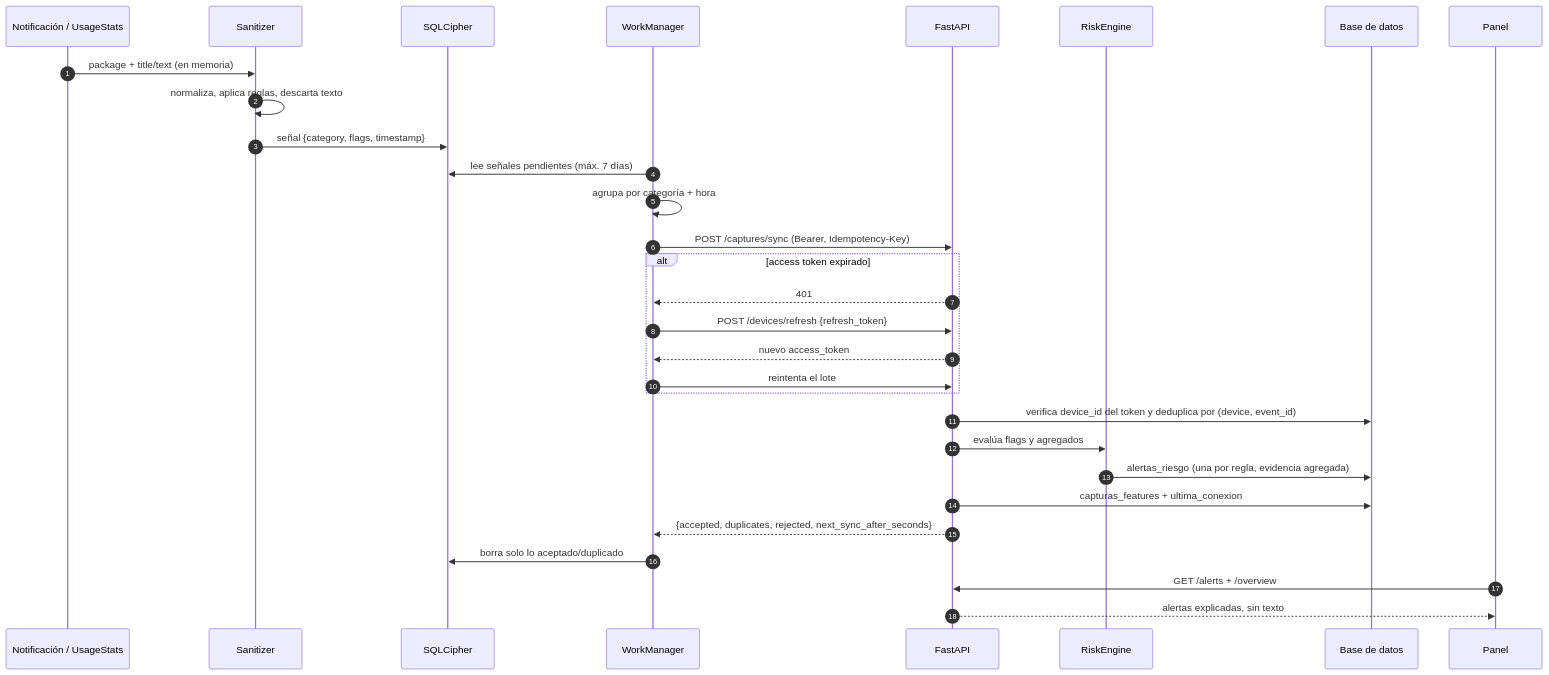
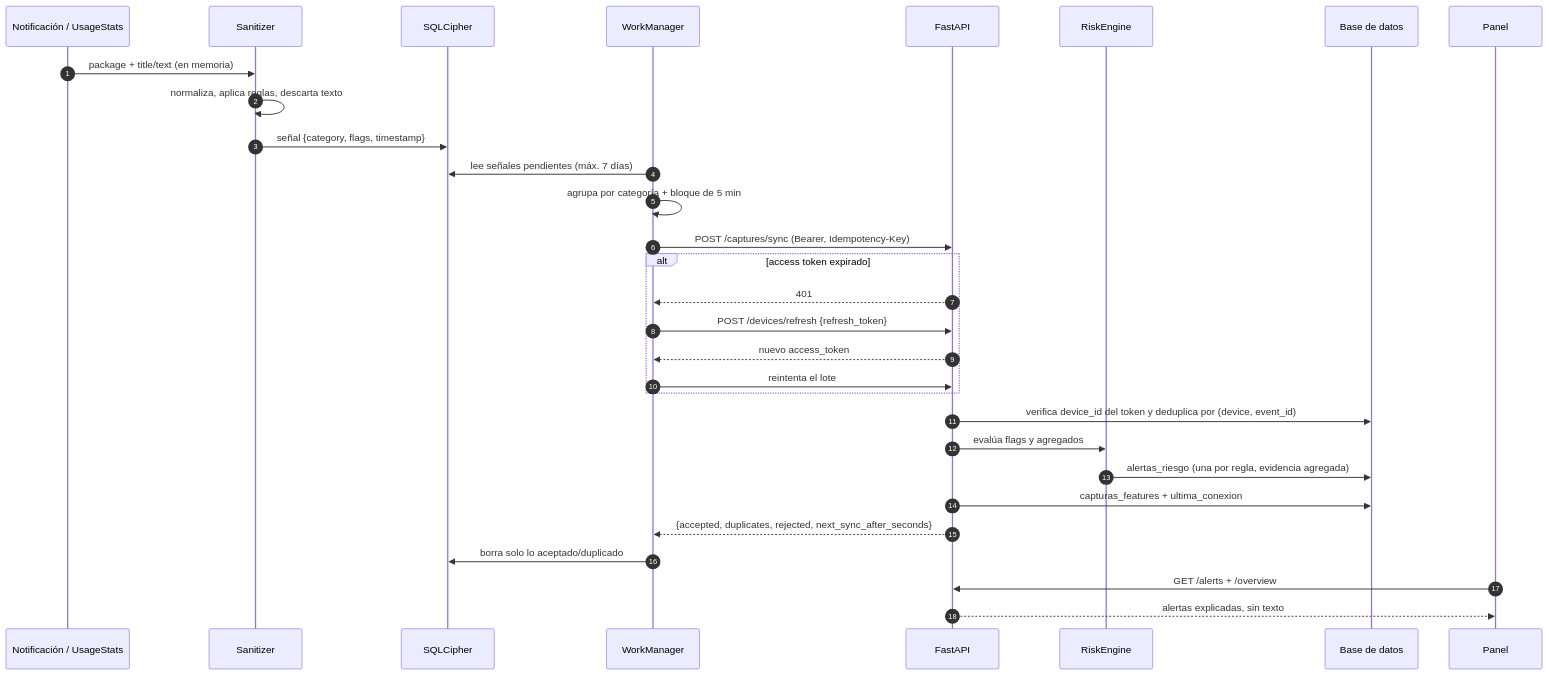
The fourth of 4 diagrams in docs/architecture.md (roninwuajkja/guardiania), drawn with Mermaid before and after one commit. The commit also changed other lines of this file and 20 other files, not shown here.

````diff
--- a/docs/architecture.md
+++ b/docs/architecture.md
@@ -191,33 +191,33 @@
 ```mermaid
 sequenceDiagram
   autonumber
   participant N as Notificación / UsageStats
   participant S as Sanitizer
   participant Q as SQLCipher
   participant W as WorkManager
   participant API as FastAPI
   participant R as RiskEngine
   participant DB as Base de datos
   participant P as Panel
 
   N->>S: package + title/text (en memoria)
   S->>S: normaliza, aplica reglas, descarta texto
   S->>Q: señal {category, flags, timestamp}
   W->>Q: lee señales pendientes (máx. 7 días)
-  W->>W: agrupa por categoría + hora
+  W->>W: agrupa por categoría + bloque de 5 min
   W->>API: POST /captures/sync (Bearer, Idempotency-Key)
   alt access token expirado
     API-->>W: 401
     W->>API: POST /devices/refresh {refresh_token}
     API-->>W: nuevo access_token
     W->>API: reintenta el lote
   end
   API->>DB: verifica device_id del token y deduplica por (device, event_id)
   API->>R: evalúa flags y agregados
   R->>DB: alertas_riesgo (una por regla, evidencia agregada)
   API->>DB: capturas_features + ultima_conexion
   API-->>W: {accepted, duplicates, rejected, next_sync_after_seconds}
   W->>Q: borra solo lo aceptado/duplicado
   P->>API: GET /alerts + /overview
   API-->>P: alertas explicadas, sin texto
 ```
````
